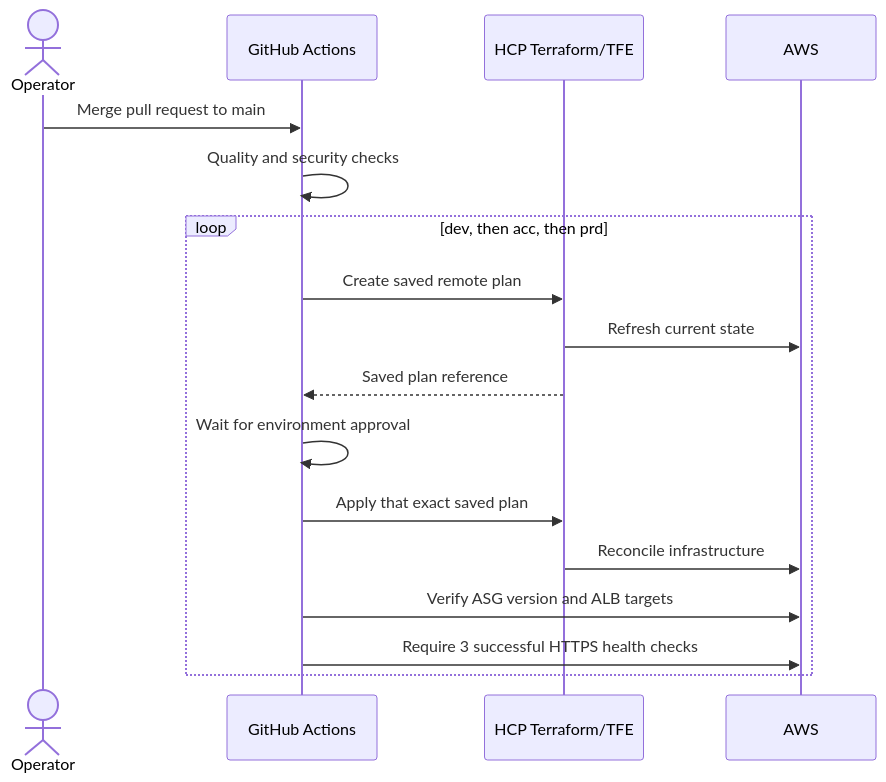
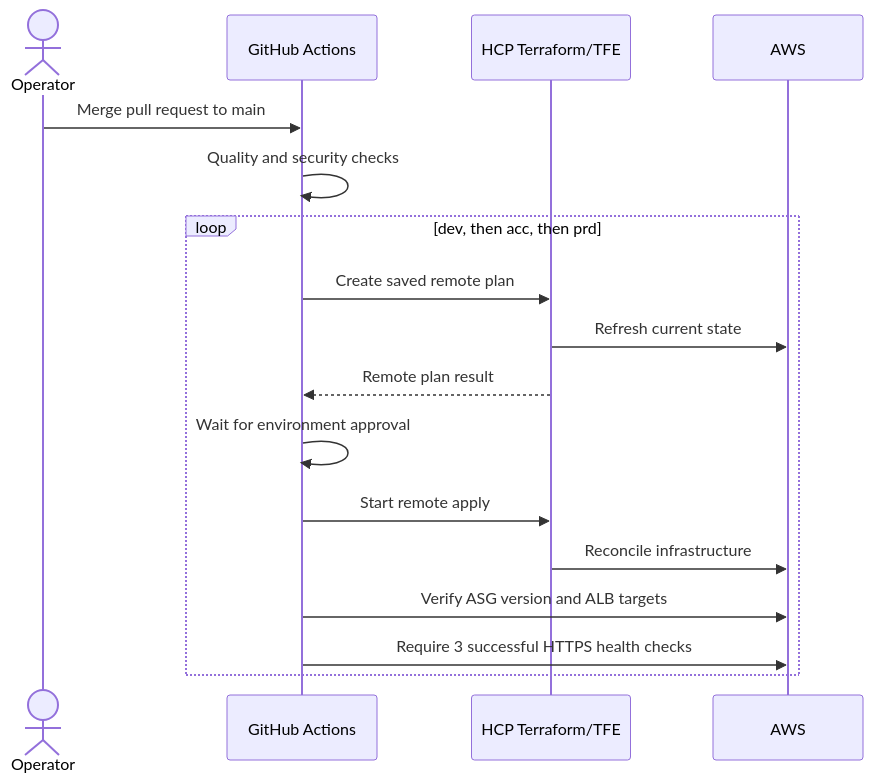
Before and after one commit to dxnishG/AWS-Multi-Env-Terraform-Template: the second of 2 diagrams in README.md, drawn with Mermaid. The commit also changed other lines of this file and 1 other file, not shown here.

```diff
--- a/README.md
+++ b/README.md
@@ -264,20 +268,20 @@
 ~~~mermaid
 sequenceDiagram
     actor Operator
     participant GH as GitHub Actions
     participant TF as HCP Terraform/TFE
     participant AWS
 
     Operator->>GH: Merge pull request to main
     GH->>GH: Quality and security checks
     loop dev, then acc, then prd
         GH->>TF: Create saved remote plan
         TF->>AWS: Refresh current state
-        TF-->>GH: Saved plan reference
+        TF-->>GH: Remote plan result
         GH->>GH: Wait for environment approval
-        GH->>TF: Apply that exact saved plan
+        GH->>TF: Start remote apply
         TF->>AWS: Reconcile infrastructure
         GH->>AWS: Verify ASG version and ALB targets
         GH->>AWS: Require 3 successful HTTPS health checks
     end
 ~~~
```
